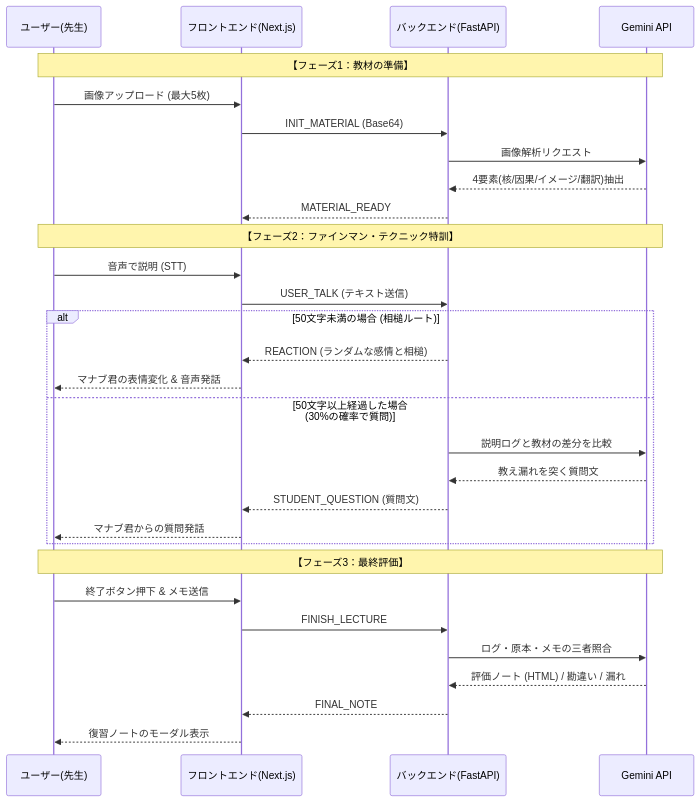
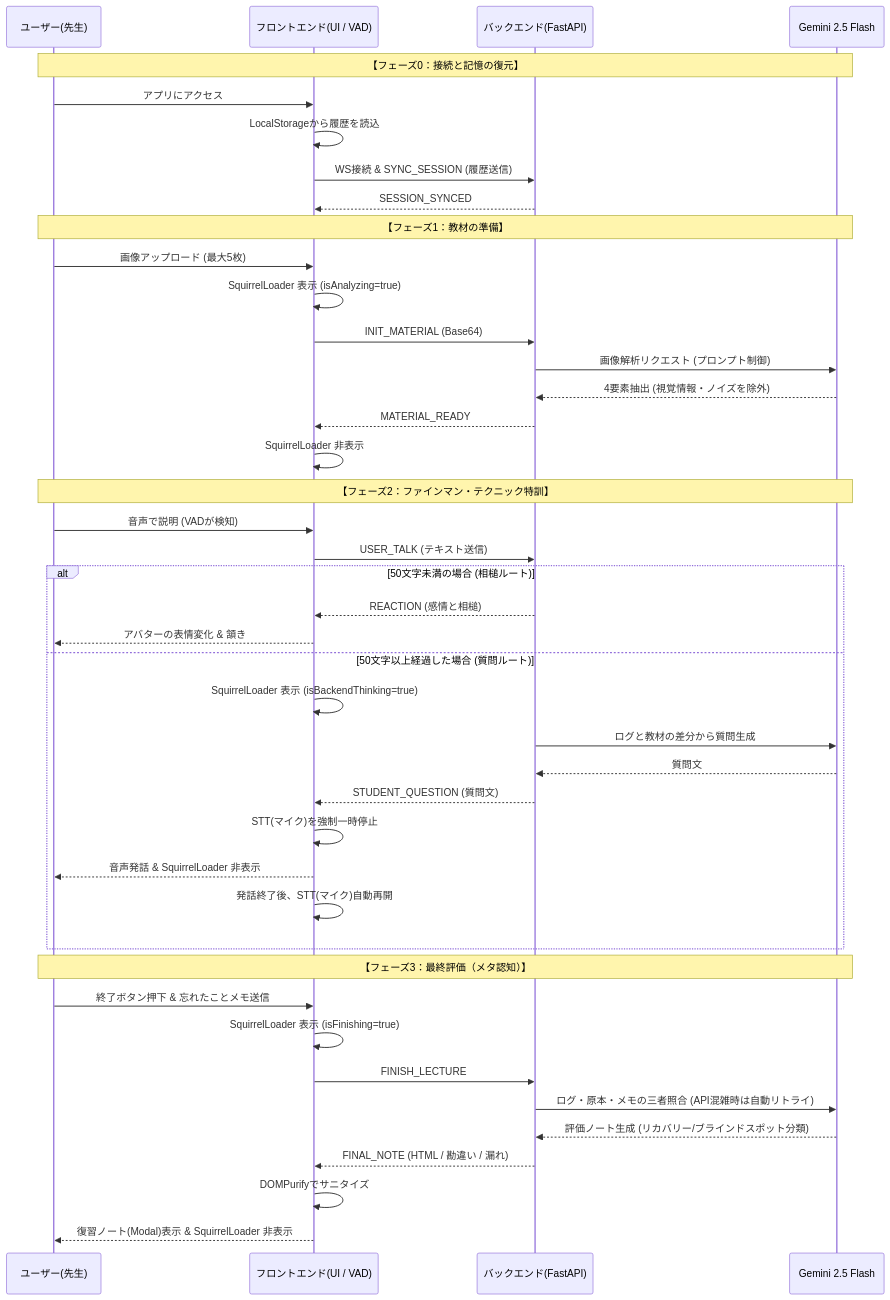
Before and after one commit to TakeruOtahara/Drill-Talk-Portfolio: the second of 3 diagrams in README.md, drawn with Mermaid. The commit also changed other lines of this file, not shown here.

````diff
--- a/README.md
+++ b/README.md
@@ -29,36 +45,49 @@
 ```mermaid
 sequenceDiagram
     participant U as ユーザー(先生)
-    participant F as フロントエンド(Next.js)
+    participant F as フロントエンド(UI / VAD)
     participant B as バックエンド(FastAPI)
-    participant G as Gemini API
+    participant G as Gemini 2.5 Flash
+
+    Note over U, G: 【フェーズ0：接続と記憶の復元】
+    U->>F: アプリにアクセス
+    F->>F: LocalStorageから履歴を読込
+    F->>B: WS接続 & SYNC_SESSION (履歴送信)
+    B-->>F: SESSION_SYNCED
 
     Note over U, G: 【フェーズ1：教材の準備】
     U->>F: 画像アップロード (最大5枚)
+    F->>F: SquirrelLoader 表示 (isAnalyzing=true)
     F->>B: INIT_MATERIAL (Base64)
-    B->>G: 画像解析リクエスト
-    G-->>B: 4要素(核/因果/イメージ/翻訳)抽出
+    B->>G: 画像解析リクエスト (プロンプト制御)
+    G-->>B: 4要素抽出 (視覚情報・ノイズを除外)
     B-->>F: MATERIAL_READY
+    F->>F: SquirrelLoader 非表示
 
     Note over U, G: 【フェーズ2：ファインマン・テクニック特訓】
-    U->>F: 音声で説明 (STT)
+    U->>F: 音声で説明 (VADが検知)
     F->>B: USER_TALK (テキスト送信)
     
     alt 50文字未満の場合 (相槌ルート)
-        B-->>F: REACTION (ランダムな感情と相槌)
-        F-->>U: マナブ君の表情変化 & 音声発話
-    else 50文字以上経過した場合 (30%の確率で質問)
-        B->>G: 説明ログと教材の差分を比較
-        G-->>B: 教え漏れを突く質問文
+        B-->>F: REACTION (感情と相槌)
+        F-->>U: アバターの表情変化 & 頷き
+    else 50文字以上経過した場合 (質問ルート)
+        F->>F: SquirrelLoader 表示 (isBackendThinking=true)
+        B->>G: ログと教材の差分から質問生成
+        G-->>B: 質問文
         B-->>F: STUDENT_QUESTION (質問文)
-        F-->>U: マナブ君からの質問発話
+        F->>F: STT(マイク)を強制一時停止
+        F-->>U: 音声発話 & SquirrelLoader 非表示
+        F->>F: 発話終了後、STT(マイク)自動再開
     end
 
-    Note over U, G: 【フェーズ3：最終評価】
-    U->>F: 終了ボタン押下 & メモ送信
+    Note over U, G: 【フェーズ3：最終評価（メタ認知）】
+    U->>F: 終了ボタン押下 & 忘れたことメモ送信
+    F->>F: SquirrelLoader 表示 (isFinishing=true)
     F->>B: FINISH_LECTURE
-    B->>G: ログ・原本・メモの三者照合
-    G-->>B: 評価ノート (HTML) / 勘違い / 漏れ
-    B-->>F: FINAL_NOTE
-    F-->>U: 復習ノートのモーダル表示
+    B->>G: ログ・原本・メモの三者照合 (API混雑時は自動リトライ)
+    G-->>B: 評価ノート生成 (リカバリー/ブラインドスポット分類)
+    B-->>F: FINAL_NOTE (HTML / 勘違い / 漏れ)
+    F->>F: DOMPurifyでサニタイズ
+    F-->>U: 復習ノート(Modal)表示 & SquirrelLoader 非表示
 ```
````
